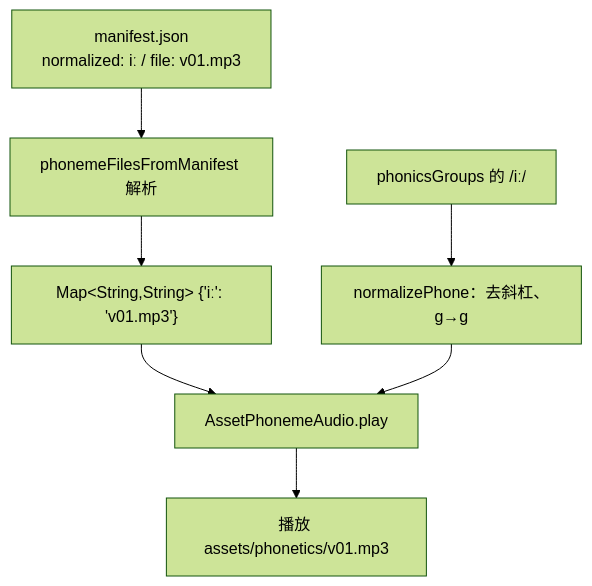
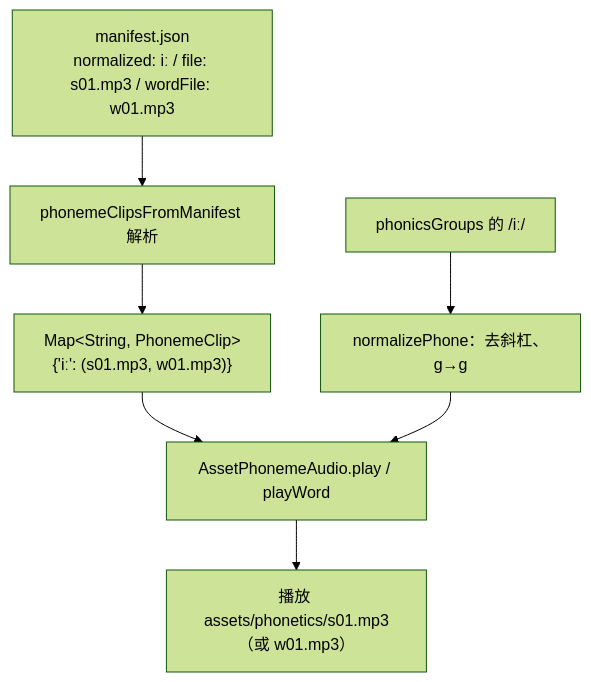
The second of 5 diagrams in impl/app/flutter/docs/phoneme-audio.md (kindywu/contexta), drawn with Mermaid (forest theme) before and after one commit. The commit also changed other lines of this file and 159 other files, not shown here.

````diff
--- a/impl/app/flutter/docs/phoneme-audio.md
+++ b/impl/app/flutter/docs/phoneme-audio.md
@@ -44,9 +60,9 @@
 ```mermaid
 flowchart TD
-    A[manifest.json<br/>normalized: iː / file: v01.mp3] --> B[phonemeFilesFromManifest 解析]
-    B --> C["Map&lt;String,String&gt; {'iː': 'v01.mp3'}"]
-    C --> D[AssetPhonemeAudio.play]
+    A["manifest.json<br/>normalized: iː / file: s01.mp3 / wordFile: w01.mp3"] --> B[phonemeClipsFromManifest 解析]
+    B --> C["Map&lt;String, PhonemeClip&gt;<br/>{'iː': (s01.mp3, w01.mp3)}"]
+    C --> D["AssetPhonemeAudio.play / playWord"]
     E["phonicsGroups 的 /iː/"] --> F[normalizePhone：去斜杠、ɡ→g]
     F --> D
-    D --> G["播放 assets/phonetics/v01.mp3"]
+    D --> G["播放 assets/phonetics/s01.mp3<br/>（或 w01.mp3）"]
 ```
````
